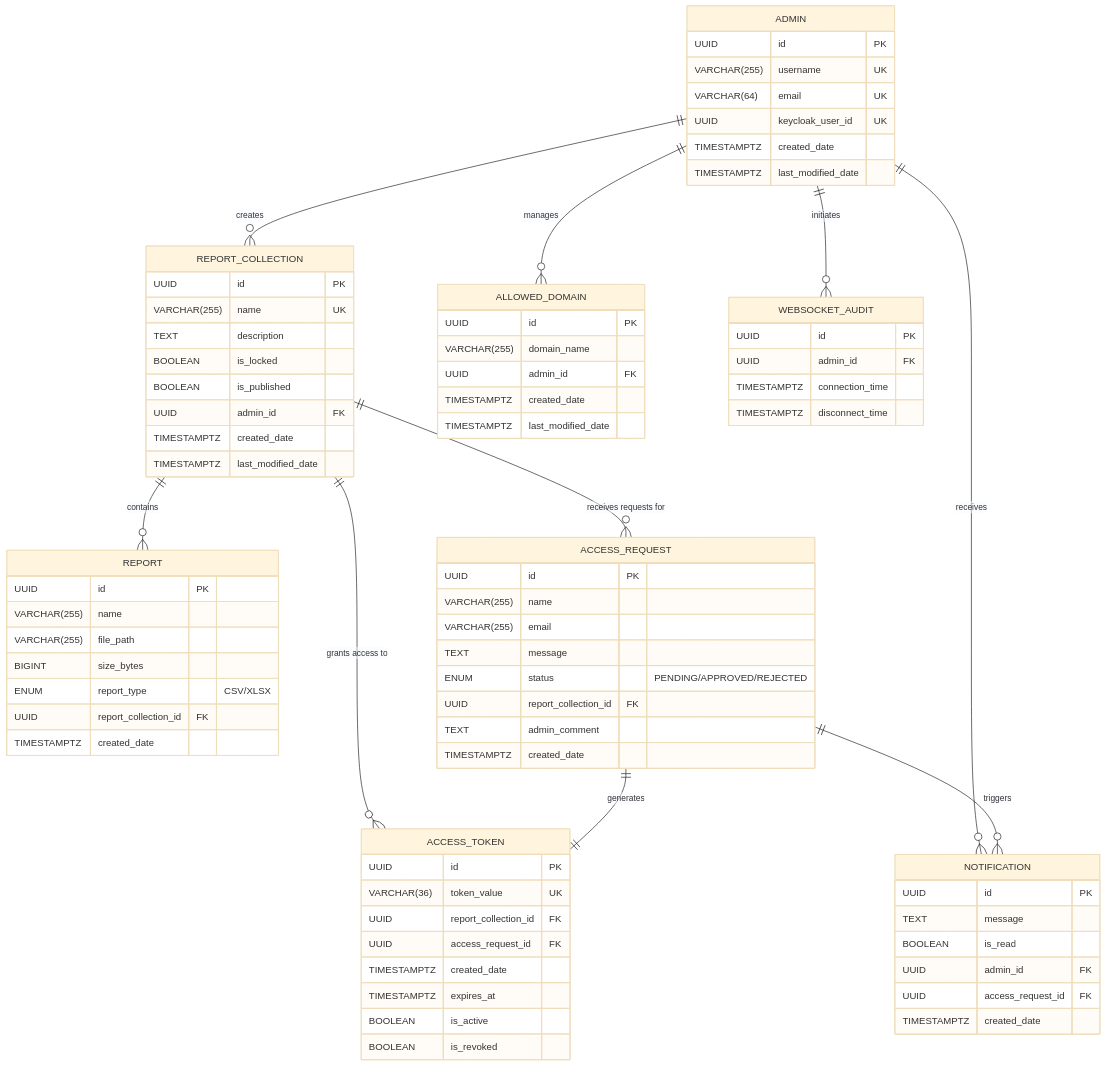
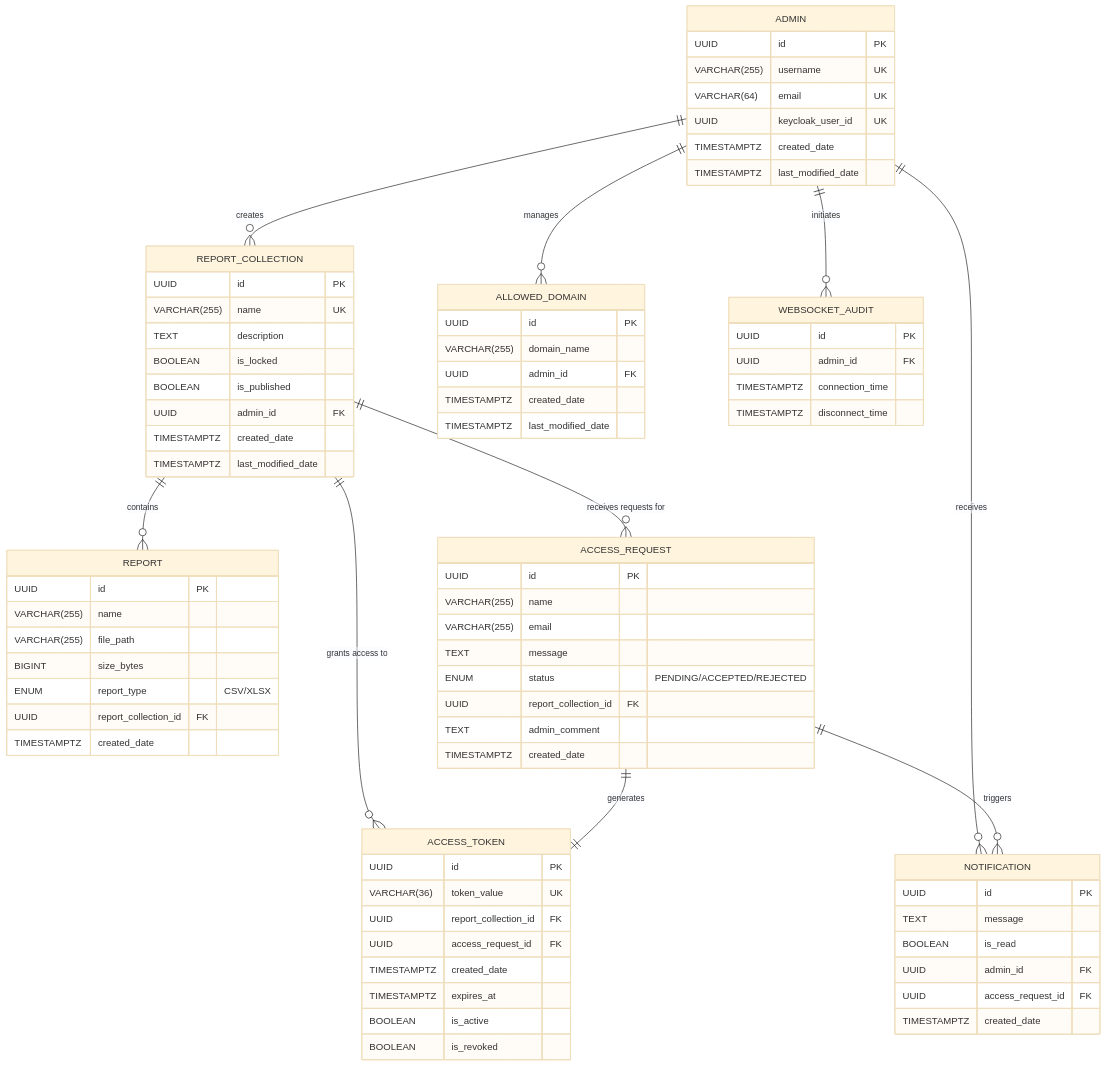
The diagram in replocker-plan/uml_diagram_models/er-model.mmd (davakinyemi/replocker), drawn with Mermaid (base theme) before and after one commit. The commit also changed 13 other files, not shown here.

```diff
--- a/replocker-plan/uml_diagram_models/er-model.mmd
+++ b/replocker-plan/uml_diagram_models/er-model.mmd
@@ -1,88 +1,88 @@
 erDiagram
     ADMIN ||--o{ REPORT_COLLECTION : "creates"
     ADMIN ||--o{ ALLOWED_DOMAIN : "manages"
     ADMIN ||--o{ WEBSOCKET_AUDIT : "initiates"
     ADMIN ||--o{ NOTIFICATION : "receives"
 
     REPORT_COLLECTION ||--o{ REPORT : "contains"
     REPORT_COLLECTION ||--o{ ACCESS_REQUEST : "receives requests for"
     REPORT_COLLECTION ||--o{ ACCESS_TOKEN : "grants access to"
 
     ACCESS_REQUEST ||--|| ACCESS_TOKEN : "generates"
     ACCESS_REQUEST ||--o{ NOTIFICATION : "triggers"
 
     ADMIN {
         UUID id PK
         VARCHAR(255) username UK
         VARCHAR(64) email UK
         UUID keycloak_user_id UK
         TIMESTAMPTZ created_date
         TIMESTAMPTZ last_modified_date
     }
 
     REPORT_COLLECTION {
         UUID id PK
         VARCHAR(255) name UK
         TEXT description
         BOOLEAN is_locked
         BOOLEAN is_published
         UUID admin_id FK
         TIMESTAMPTZ created_date
         TIMESTAMPTZ last_modified_date
     }
 
     REPORT {
         UUID id PK
         VARCHAR(255) name
         VARCHAR(255) file_path
         BIGINT size_bytes
         ENUM report_type "CSV/XLSX"
         UUID report_collection_id FK
         TIMESTAMPTZ created_date
     }
 
     ACCESS_REQUEST {
         UUID id PK
         VARCHAR(255) name
         VARCHAR(255) email
         TEXT message
-        ENUM status "PENDING/APPROVED/REJECTED"
+        ENUM status "PENDING/ACCEPTED/REJECTED"
         UUID report_collection_id FK
         TEXT admin_comment
         TIMESTAMPTZ created_date
     }
 
     ACCESS_TOKEN {
         UUID id PK
         VARCHAR(36) token_value UK
         UUID report_collection_id FK
         UUID access_request_id FK
         TIMESTAMPTZ created_date
         TIMESTAMPTZ expires_at
         BOOLEAN is_active
         BOOLEAN is_revoked
     }
 
     ALLOWED_DOMAIN {
         UUID id PK
         VARCHAR(255) domain_name
         UUID admin_id FK
         TIMESTAMPTZ created_date
         TIMESTAMPTZ last_modified_date
     }
 
     NOTIFICATION {
         UUID id PK
         TEXT message
         BOOLEAN is_read
         UUID admin_id FK
         UUID access_request_id FK
         TIMESTAMPTZ created_date
     }
 
     WEBSOCKET_AUDIT {
         UUID id PK
         UUID admin_id FK
         TIMESTAMPTZ connection_time
         TIMESTAMPTZ disconnect_time
     }
```
